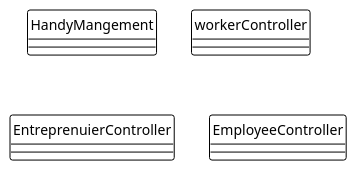
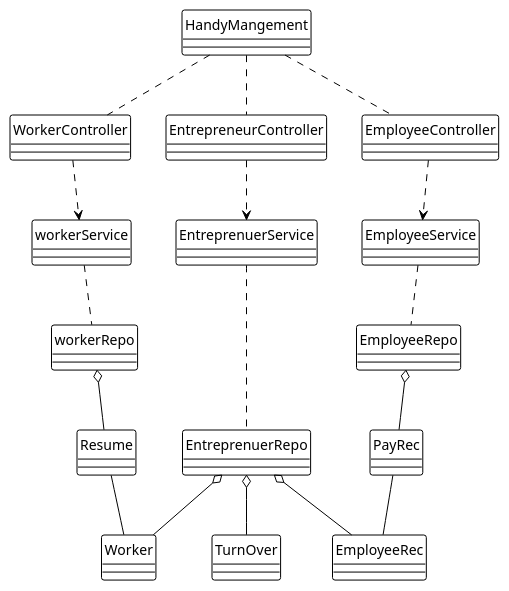
One commit to CPA-Developer/ProjectRepo changed the diagram in handyManagement.puml. Above: the diagram before and after it, drawn with PlantUML.

Commit message:
Whole system

```diff
--- a/handyManagement.puml
+++ b/handyManagement.puml
@@ -1,24 +1,62 @@
 @startuml Handy Mangement
 skinparam style Strictuml
 
 !theme plain
 
 
 class HandyMangement {
    
 }
 
-class workerController {
+class WorkerController {
    
 }
 
-class EntreprenuierController {
+class EntrepreneurController {
    
 }
 
 class EmployeeController {
 
 }
 
+class workerService{}
+class workerRepo{}
+
+class EmployeeService{}
+class EmployeeRepo{}
+
+class EntreprenuerService{}
+class EntreprenuerRepo{}
+
+
+
+
+HandyMangement .. WorkerController
+HandyMangement .. EntrepreneurController
+HandyMangement .. EmployeeController
+
+
+WorkerController ..> workerService
+EntrepreneurController ..> EntreprenuerService
+EmployeeController ..> EmployeeService
+
+
+workerService .. workerRepo
+EmployeeService .. EmployeeRepo
+EntreprenuerService .. EntreprenuerRepo
+
+workerRepo o-- Resume 
+EntreprenuerRepo o--Worker 
+EntreprenuerRepo o--EmployeeRec
+EntreprenuerRepo o-- TurnOver
+EmployeeRepo o-- PayRec 
+PayRec -- EmployeeRec
+
+Resume --Worker
+
+
+
+
 
 @enduml
```
